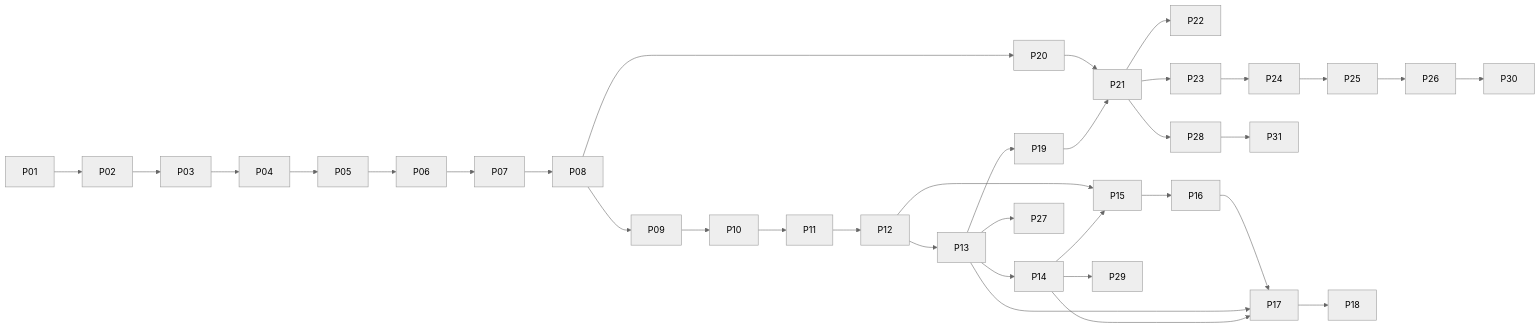
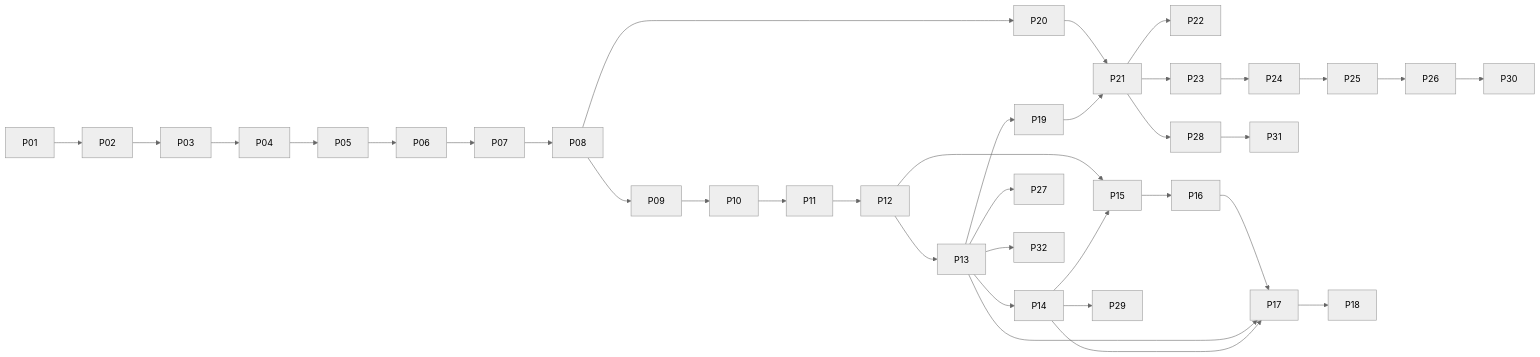
The diagram in docs/implementation-plan.md (takemo101/ambien), drawn with Mermaid (neutral theme) before and after one commit. The commit also changed other lines of this file and 15 other files, not shown here.

````diff
--- a/docs/implementation-plan.md
+++ b/docs/implementation-plan.md
@@ -108,21 +108,22 @@
 ```mermaid
 flowchart LR
  P01 --> P02 --> P03 --> P04 --> P05 --> P06 --> P07 --> P08 --> P09 --> P10 --> P11 --> P12 --> P13 --> P14
  P12 --> P15
  P13 --> P19
  P08 --> P20
  P20 --> P21
  P19 --> P21
  P21 --> P22
  P21 --> P23
  P23 --> P24 --> P25
  P13 --> P27
  P21 --> P28
  P14 --> P29
  P26 --> P30
  P28 --> P31
+ P13 --> P32
  P25 --> P26
  P14 --> P15 --> P16 --> P17 --> P18
  P13 --> P17
  P14 --> P17
 ```
````
